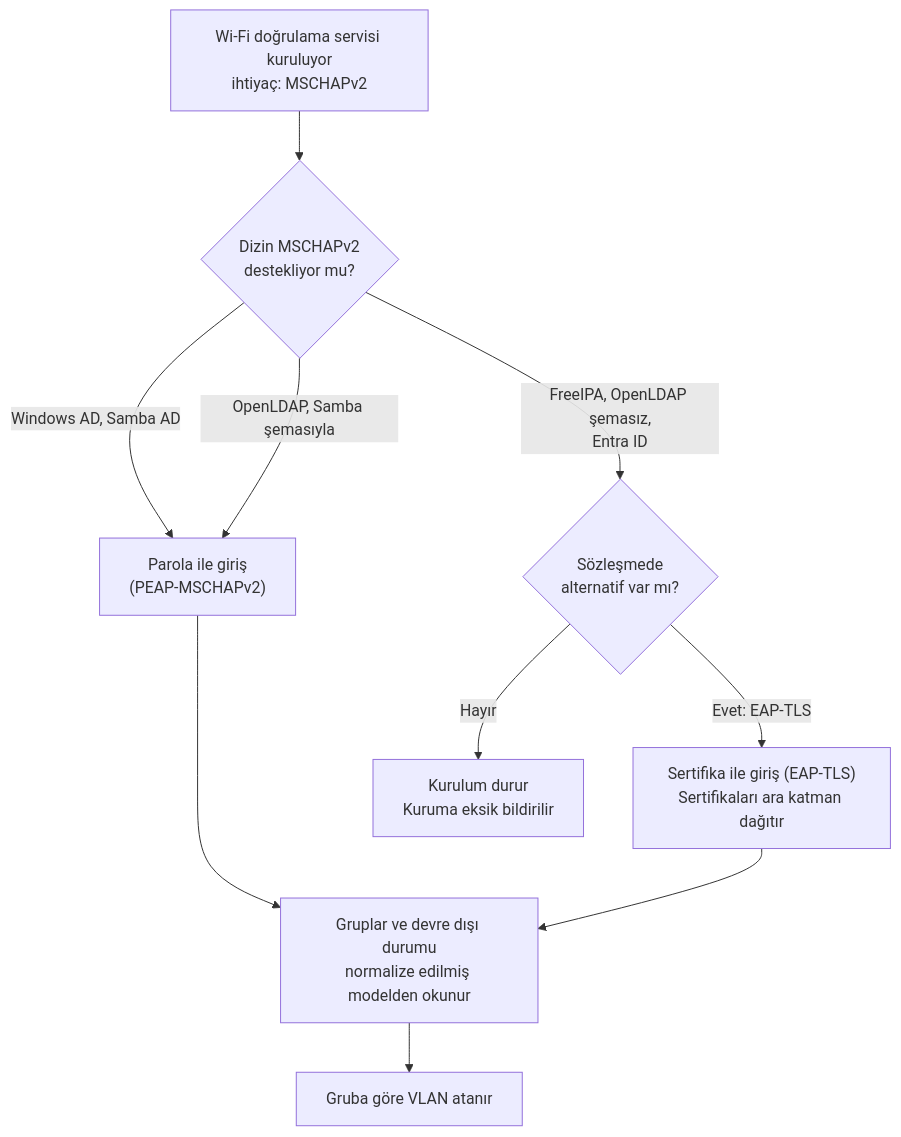
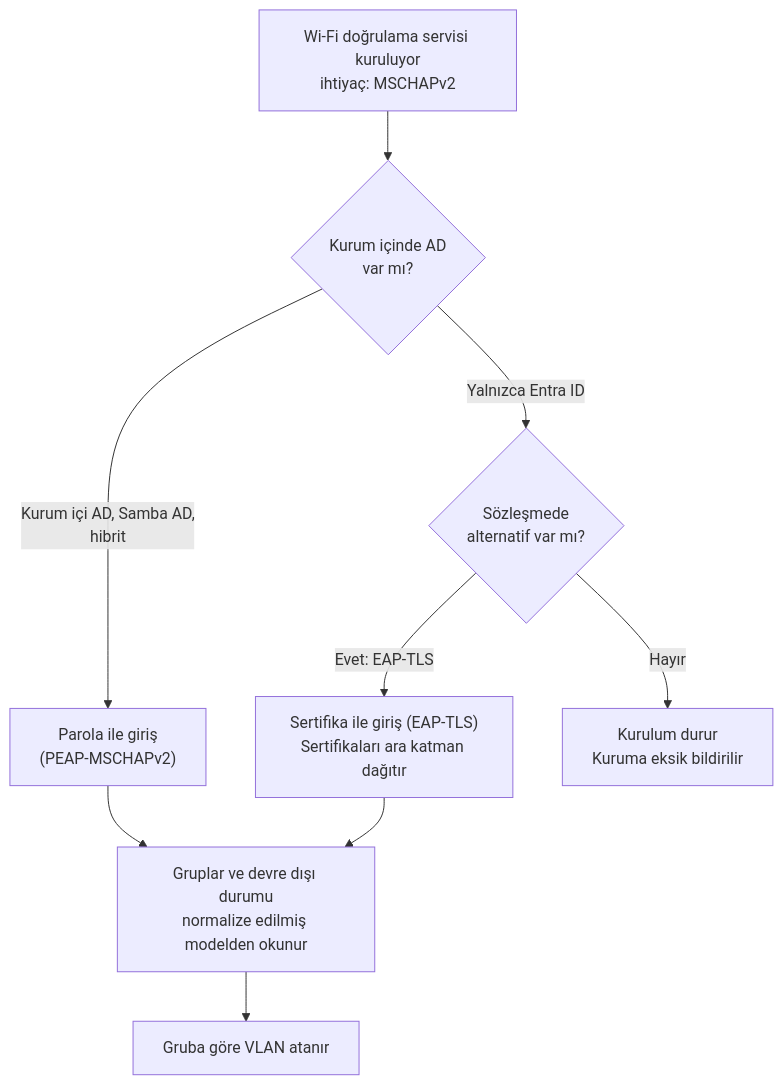
The third of 3 diagrams in docs/03-entegrasyon.md (Librenfra/librenfra), drawn with Mermaid before and after one commit. The commit also changed other lines of this file and 1 other file, not shown here.

````diff
--- a/docs/03-entegrasyon.md
+++ b/docs/03-entegrasyon.md
@@ -223,12 +244,11 @@
 ```mermaid
 flowchart TB
-    R["Wi-Fi doğrulama servisi kuruluyor<br/>ihtiyaç: MSCHAPv2"] --> Q{"Dizin MSCHAPv2<br/>destekliyor mu?"}
-    Q -->|"Windows AD, Samba AD"| E1["Parola ile giriş<br/>(PEAP-MSCHAPv2)"]
-    Q -->|"OpenLDAP, Samba şemasıyla"| E1
-    Q -->|"FreeIPA, OpenLDAP şemasız,<br/>Entra ID"| A{"Sözleşmede<br/>alternatif var mı?"}
+    R["Wi-Fi doğrulama servisi kuruluyor<br/>ihtiyaç: MSCHAPv2"] --> Q{"Kurum içinde AD<br/>var mı?"}
+    Q -->|"Kurum içi AD, Samba AD,<br/>hibrit"| E1["Parola ile giriş<br/>(PEAP-MSCHAPv2)"]
+    Q -->|"Yalnızca Entra ID"| A{"Sözleşmede<br/>alternatif var mı?"}
     A -->|"Evet: EAP-TLS"| E2["Sertifika ile giriş (EAP-TLS)<br/>Sertifikaları ara katman dağıtır"]
     A -->|"Hayır"| E3["Kurulum durur<br/>Kuruma eksik bildirilir"]
     E1 --> G["Gruplar ve devre dışı durumu<br/>normalize edilmiş modelden okunur"]
     E2 --> G
     G --> V["Gruba göre VLAN atanır"]
 ```
````
